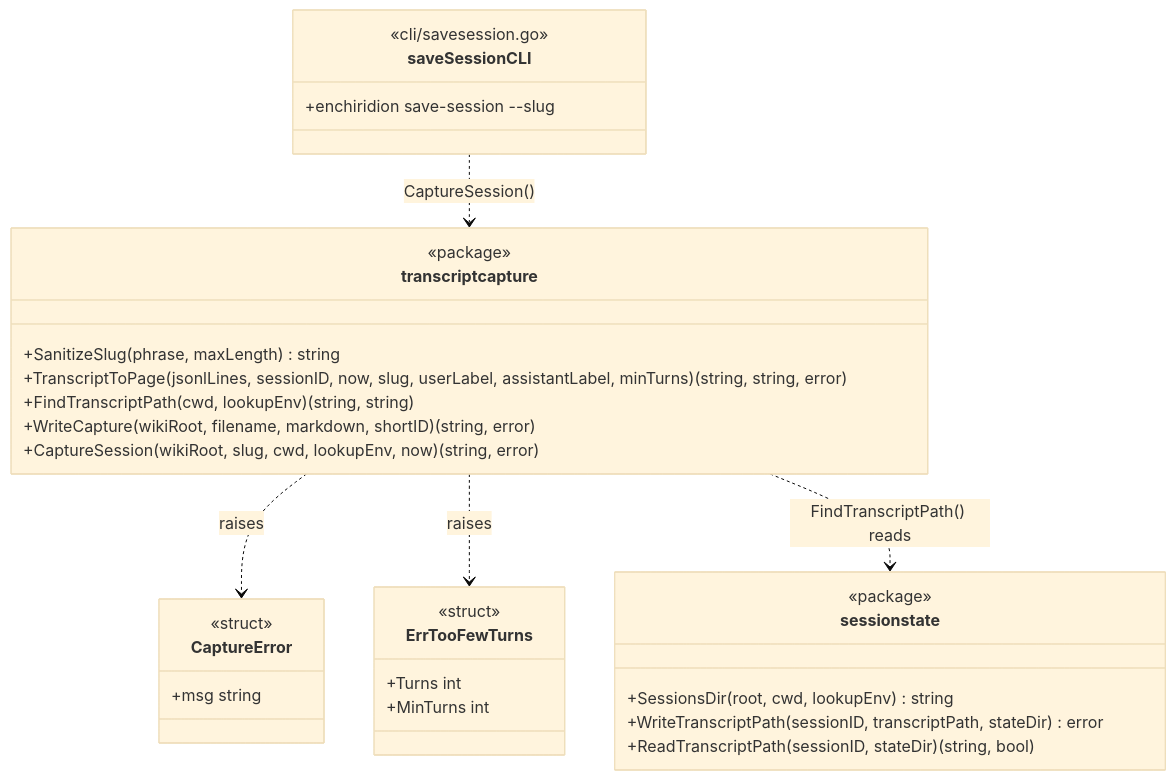
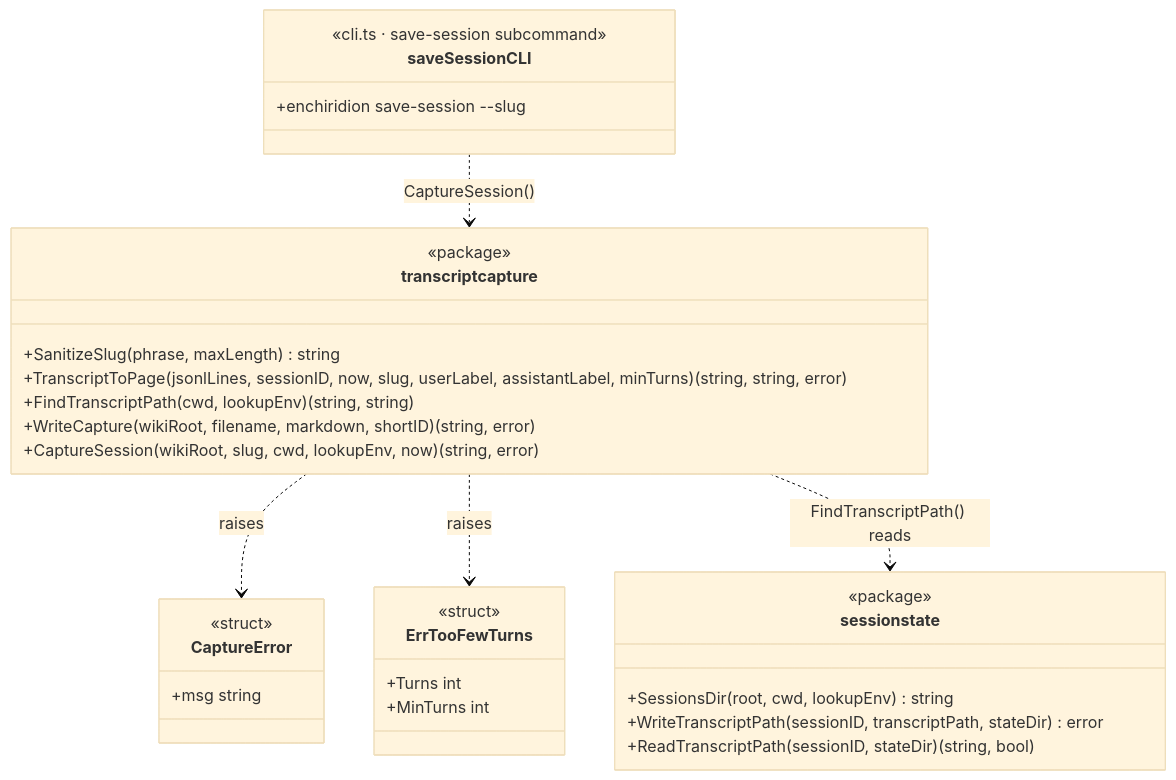
One commit to dhague/enchiridion changed the seventh of 9 diagrams in docs/architecture.md. Above: the diagram before and after it, drawn with Mermaid (base theme). The commit also changed other lines of this file and 95 other files, not shown here.

````diff
--- a/docs/architecture.md
+++ b/docs/architecture.md
@@ -550,35 +545,35 @@
 ```mermaid
 classDiagram
     class transcriptcapture {
         <<package>>
         +SanitizeSlug(phrase, maxLength) string
         +TranscriptToPage(jsonlLines, sessionID, now, slug, userLabel, assistantLabel, minTurns) (string, string, error)
         +FindTranscriptPath(cwd, lookupEnv) (string, string)
         +WriteCapture(wikiRoot, filename, markdown, shortID) (string, error)
         +CaptureSession(wikiRoot, slug, cwd, lookupEnv, now) (string, error)
     }
     class ErrTooFewTurns {
         <<struct>>
         +Turns int
         +MinTurns int
     }
     class CaptureError {
         <<struct>>
         +msg string
     }
     class sessionstate {
         <<package>>
         +SessionsDir(root, cwd, lookupEnv) string
         +WriteTranscriptPath(sessionID, transcriptPath, stateDir) error
         +ReadTranscriptPath(sessionID, stateDir) (string, bool)
     }
     class saveSessionCLI {
-        <<cli/savesession.go>>
+        <<cli.ts · save-session subcommand>>
         +enchiridion save-session --slug
     }
 
     transcriptcapture ..> CaptureError : raises
     transcriptcapture ..> ErrTooFewTurns : raises
     transcriptcapture ..> sessionstate : FindTranscriptPath() reads
     saveSessionCLI ..> transcriptcapture : CaptureSession()
 ```
````
